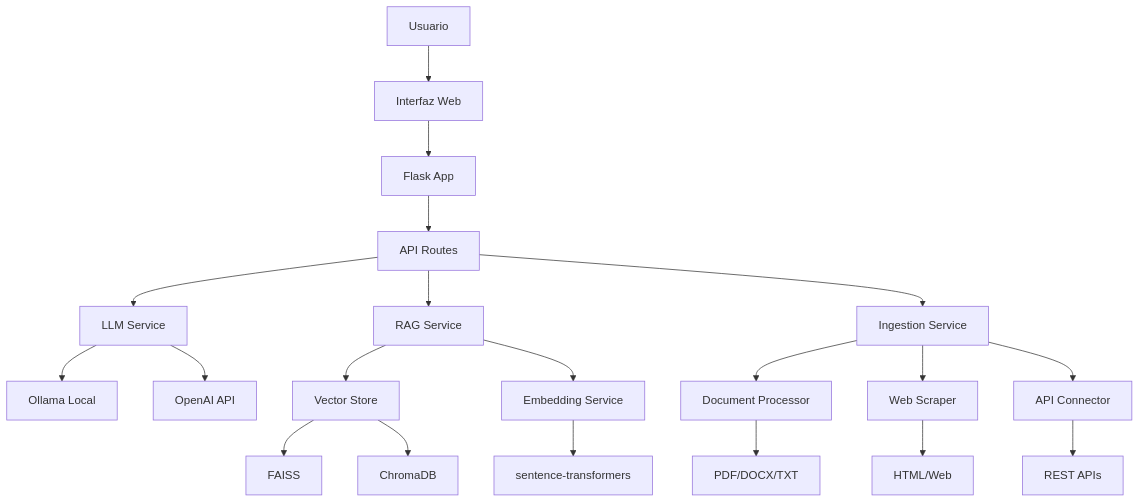
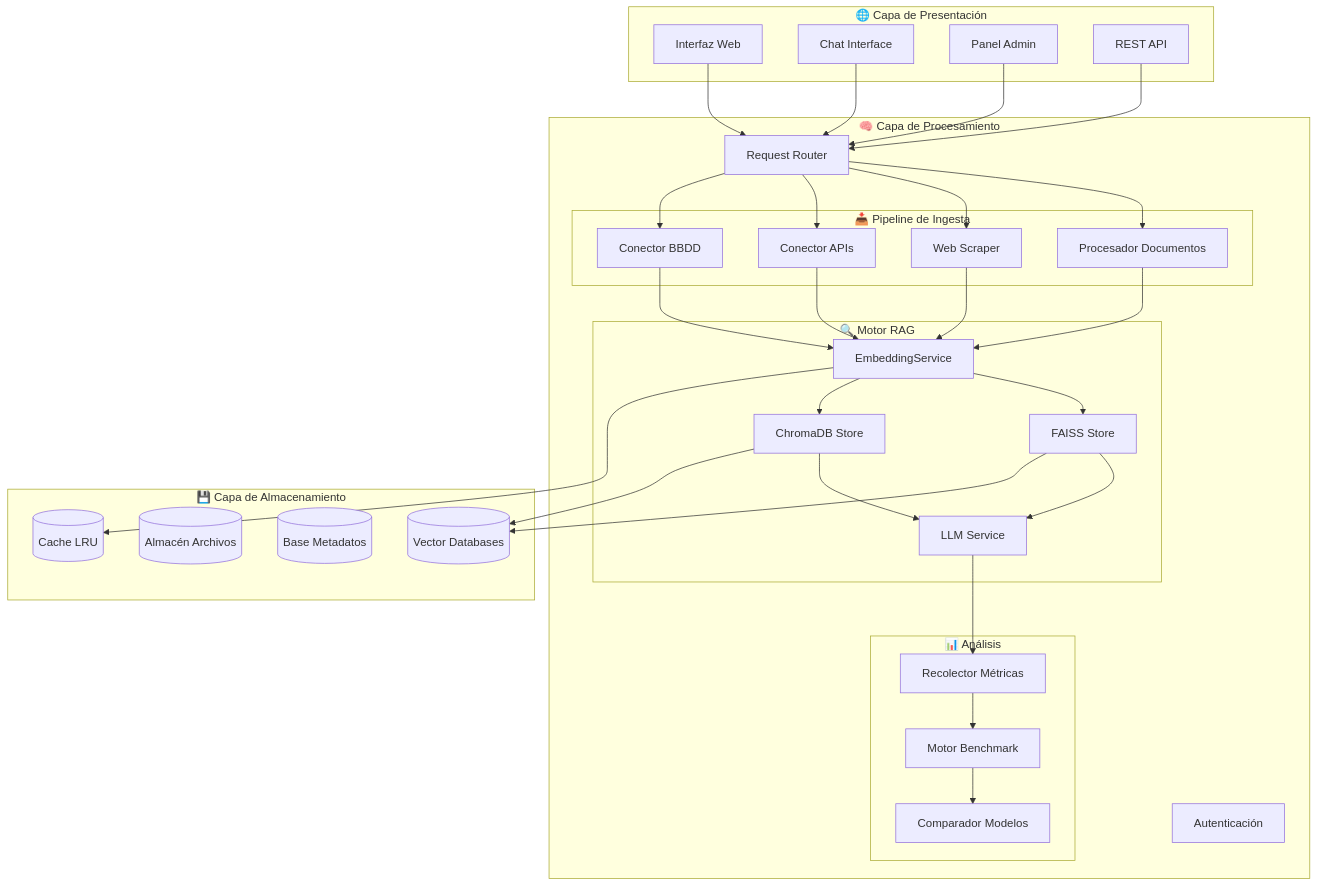
One commit to cholinyo/Prototipo_chatbot changed the diagram in README.md. Above: the diagram before and after it, drawn with Mermaid. The commit also changed other lines of this file and 49 other files, not shown here.

````diff
--- a/README.md
+++ b/README.md
@@ -27,27 +102,69 @@
 ```mermaid
 graph TB
-    A[Usuario] --> B[Interfaz Web]
-    B --> C[Flask App]
-    C --> D[API Routes]
+    subgraph "🌐 Capa de Presentación"
+        WebUI[Interfaz Web]
+        ChatUI[Chat Interface]
+        AdminUI[Panel Admin]
+        API[REST API]
+    end
     
-    D --> E[LLM Service]
-    E --> F[Ollama Local]
-    E --> G[OpenAI API]
+    subgraph "🧠 Capa de Procesamiento"
+        Router[Request Router]
+        Auth[Autenticación]
+        
+        subgraph "📥 Pipeline de Ingesta"
+            DocProc[Procesador Documentos]
+            WebScrap[Web Scraper]
+            APIConn[Conector APIs]
+            DBConn[Conector BBDD]
+        end
+        
+        subgraph "🔍 Motor RAG" 
+            Embed[EmbeddingService]
+            FAISS[FAISS Store]
+            ChromaDB[ChromaDB Store]
+            LLMService[LLM Service]
+        end
+        
+        subgraph "📊 Análisis"
+            Metrics[Recolector Métricas]
+            Benchmark[Motor Benchmark]
+            Comparator[Comparador Modelos]
+        end
+    end
     
-    D --> H[RAG Service]
-    H --> I[Vector Store]
-    I --> J[FAISS]
-    I --> K[ChromaDB]
+    subgraph "💾 Capa de Almacenamiento"
+        VectorDB[(Vector Databases)]
+        FileStore[(Almacén Archivos)]
+        MetaDB[(Base Metadatos)]
+        Cache[(Cache LRU)]
+    end
     
-    H --> L[Embedding Service]
-    L --> M[sentence-transformers]
+    WebUI --> Router
+    ChatUI --> Router
+    AdminUI --> Router
+    API --> Router
     
-    D --> N[Ingestion Service]
-    N --> O[Document Processor]
-    N --> P[Web Scraper]
-    N --> Q[API Connector]
+    Router --> DocProc
+    Router --> WebScrap
+    Router --> APIConn
+    Router --> DBConn
     
-    O --> R[PDF/DOCX/TXT]
-    P --> S[HTML/Web]
-    Q --> T[REST APIs]
+    DocProc --> Embed
+    WebScrap --> Embed
+    APIConn --> Embed
+    DBConn --> Embed
+    
+    Embed --> FAISS
+    Embed --> ChromaDB
+    FAISS --> LLMService
+    ChromaDB --> LLMService
+    
+    LLMService --> Metrics
+    Metrics --> Benchmark
+    Benchmark --> Comparator
+    
+    Embed --> Cache
+    FAISS --> VectorDB
+    ChromaDB --> VectorDB
 ```
````
